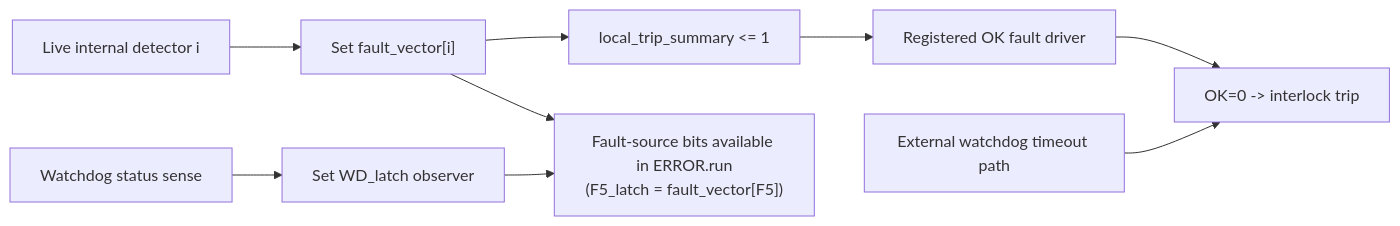
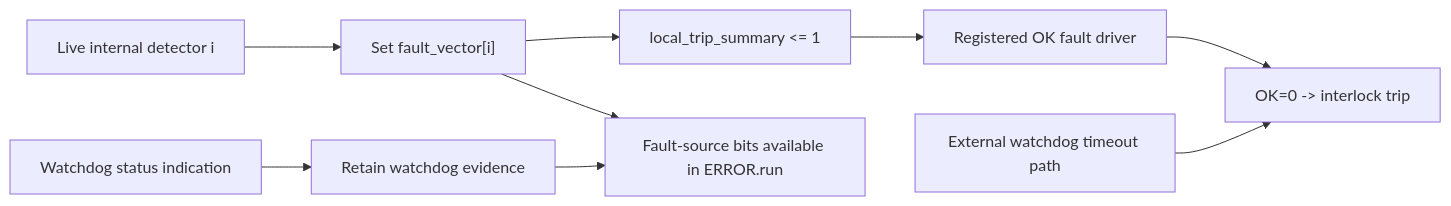
One commit to bcancinov/mdc-architecture changed the third of 4 diagrams in decisions/ADR-003_state_machine_definition.md. Above: the diagram before and after it, drawn with Mermaid. The commit also changed other lines of this file and 11 other files, not shown here.

Commit message:
refine timing, supervision, and power fault architecture

````diff
--- a/decisions/ADR-003_state_machine_definition.md
+++ b/decisions/ADR-003_state_machine_definition.md
@@ -225,11 +224,11 @@
 ```mermaid
 flowchart LR
     DET["Live internal detector i"] --> BFV["Set fault_vector[i]"]
     BFV --> SUM["local_trip_summary <= 1"]
     SUM --> OKDRV["Registered OK fault driver"]
     OKDRV --> TRIP["OK=0 -> interlock trip"]
     WDT["External watchdog timeout path"] --> TRIP
-    BFV --> SRC["Fault-source bits available in ERROR.run\n(F5_latch = fault_vector[F5])"]
-    WDS["Watchdog status sense"] --> WD["Set WD_latch observer"]
+    BFV --> SRC["Fault-source bits available in ERROR.run"]
+    WDS["Watchdog status indication"] --> WD["Retain watchdog evidence"]
     WD --> SRC
 ```
````
